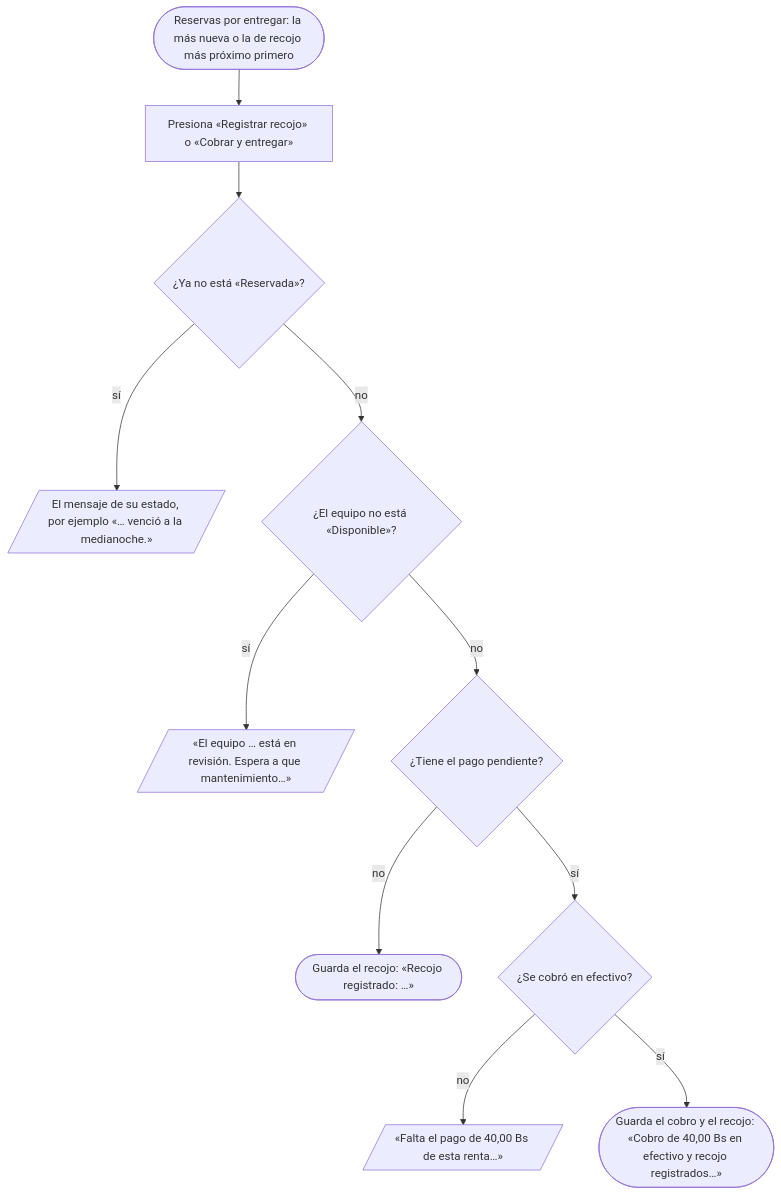
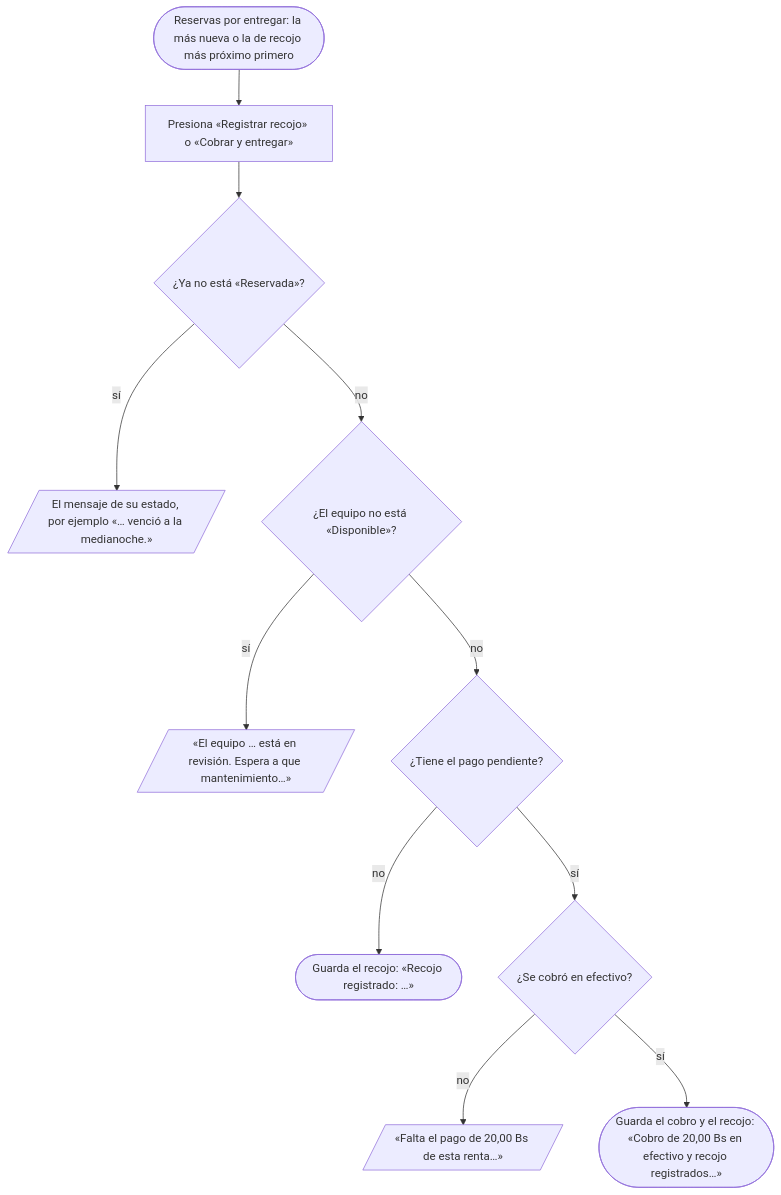
Diagram 18 of 39 in docs/casos-de-uso.md (peterteranb/astra-rent-system), drawn with Mermaid before and after one commit. The commit also changed other lines of this file and 9 other files, not shown here.

````diff
--- a/docs/casos-de-uso.md
+++ b/docs/casos-de-uso.md
@@ -637,13 +775,13 @@
 ```mermaid
 flowchart TD
     A(["Reservas por entregar: la más nueva o la de recojo más próximo primero"]) --> B["Presiona «Registrar recojo» o «Cobrar y entregar»"]
     B --> C{"¿Ya no está «Reservada»?"}
     C -- sí --> D[/"El mensaje de su estado, por ejemplo «… venció a la medianoche.»"/]
     C -- no --> E{"¿El equipo no está «Disponible»?"}
     E -- sí --> F[/"«El equipo … está en revisión. Espera a que mantenimiento…»"/]
     E -- no --> G{"¿Tiene el pago pendiente?"}
     G -- no --> H(["Guarda el recojo: «Recojo registrado: …»"])
     G -- sí --> I{"¿Se cobró en efectivo?"}
-    I -- no --> J[/"«Falta el pago de 40,00 Bs de esta renta…»"/]
-    I -- sí --> K(["Guarda el cobro y el recojo: «Cobro de 40,00 Bs en efectivo y recojo registrados…»"])
+    I -- no --> J[/"«Falta el pago de 20,00 Bs de esta renta…»"/]
+    I -- sí --> K(["Guarda el cobro y el recojo: «Cobro de 20,00 Bs en efectivo y recojo registrados…»"])
 ```
````
